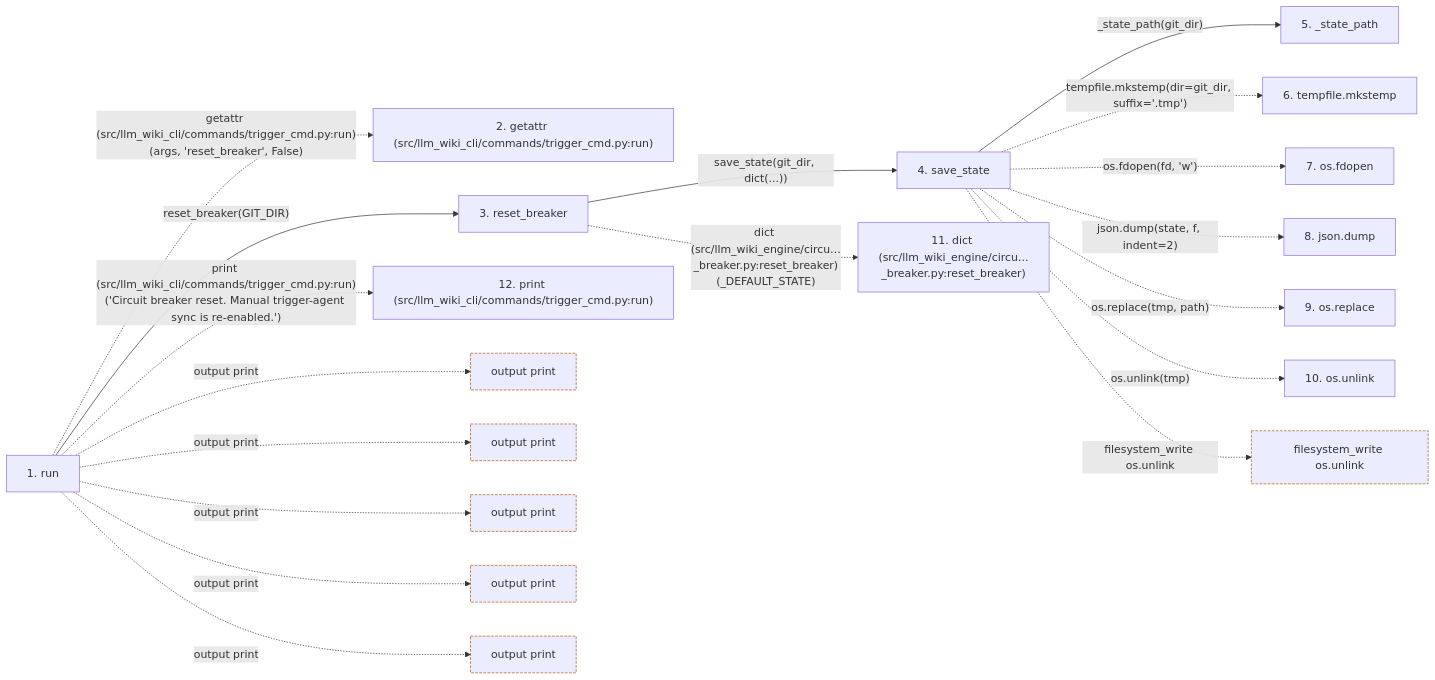
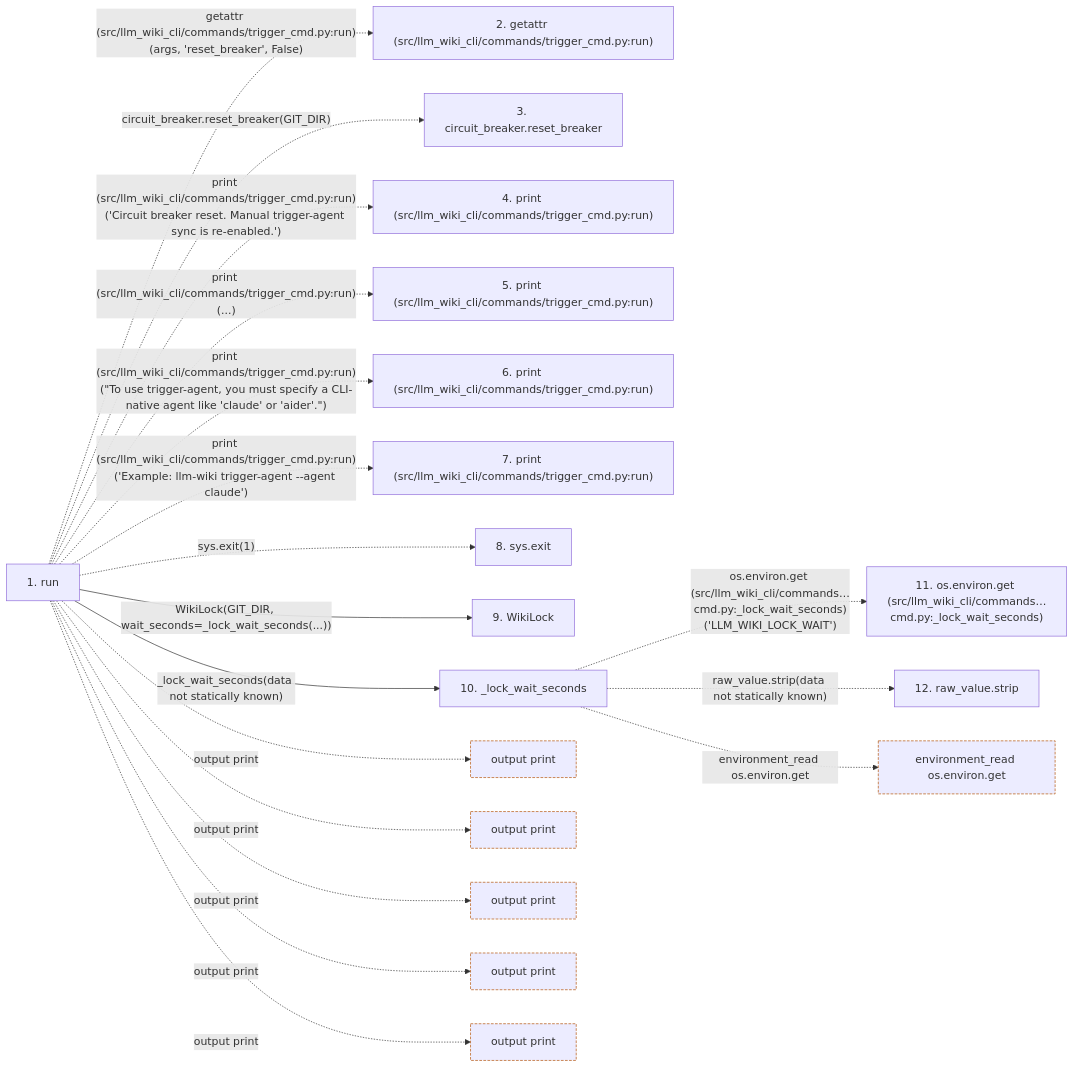
One commit to Denissvgn/python-wiki-llm changed the second of 2 diagrams in docs/llm_wiki/flows/cli-trigger-agent.md. Above: the diagram before and after it, drawn with Mermaid. The commit also changed other lines of this file and 719 other files, not shown here.

Commit message:
docs: refresh the wiki for the engine's own use cases

````diff
--- a/docs/llm_wiki/flows/cli-trigger-agent.md
+++ b/docs/llm_wiki/flows/cli-trigger-agent.md
@@ -161,49 +160,48 @@
 ```mermaid
 flowchart LR
     s1["1. run"]
     s2["2. getattr (src/llm_wiki_cli/commands/trigger_cmd.py:run)"]
-    s3["3. reset_breaker"]
-    s4["4. save_state"]
-    s5["5. _state_path"]
-    s6["6. tempfile.mkstemp"]
-    s7["7. os.fdopen"]
-    s8["8. json.dump"]
-    s9["9. os.replace"]
-    s10["10. os.unlink"]
-    s11["11. dict (src/llm_wiki_engine/circu…_breaker.py:reset_breaker)"]
-    s12["12. print (src/llm_wiki_cli/commands/trigger_cmd.py:run)"]
+    s3["3. circuit_breaker.reset_breaker"]
+    s4["4. print (src/llm_wiki_cli/commands/trigger_cmd.py:run)"]
+    s5["5. print (src/llm_wiki_cli/commands/trigger_cmd.py:run)"]
+    s6["6. print (src/llm_wiki_cli/commands/trigger_cmd.py:run)"]
+    s7["7. print (src/llm_wiki_cli/commands/trigger_cmd.py:run)"]
+    s8["8. sys.exit"]
+    s9["9. WikiLock"]
+    s10["10. _lock_wait_seconds"]
+    s11["11. os.environ.get (src/llm_wiki_cli/commands…cmd.py:_lock_wait_seconds)"]
+    s12["12. raw_value.strip"]
     s1 -. "getattr (src/llm_wiki_cli/commands/trigger_cmd.py:run)(args, 'reset_breaker', False)" .-> s2
-    s1 -->|"reset_breaker(GIT_DIR)"| s3
-    s3 -->|"save_state(git_dir, dict(...))"| s4
-    s4 -->|"_state_path(git_dir)"| s5
-    s4 -. "tempfile.mkstemp(dir=git_dir, suffix='.tmp')" .-> s6
-    s4 -. "os.fdopen(fd, 'w')" .-> s7
-    s4 -. "json.dump(state, f, indent=2)" .-> s8
-    s4 -. "os.replace(tmp, path)" .-> s9
-    s4 -. "os.unlink(tmp)" .-> s10
-    s3 -. "dict (src/llm_wiki_engine/circu…_breaker.py:reset_breaker)(_DEFAULT_STATE)" .-> s11
-    s1 -. "print (src/llm_wiki_cli/commands/trigger_cmd.py:run)('Circuit breaker reset. Manual trigger-agent sync is re-enabled.')" .-> s12
+    s1 -. "circuit_breaker.reset_breaker(GIT_DIR)" .-> s3
+    s1 -. "print (src/llm_wiki_cli/commands/trigger_cmd.py:run)('Circuit breaker reset. Manual trigger-agent sync is re-enabled.')" .-> s4
+    s1 -. "print (src/llm_wiki_cli/commands/trigger_cmd.py:run)(...)" .-> s5
+    s1 -. "print (src/llm_wiki_cli/commands/trigger_cmd.py:run)(#34;To use trigger-agent, you must specify a CLI-native agent like 'claude' or 'aider'.#34;)" .-> s6
+    s1 -. "print (src/llm_wiki_cli/commands/trigger_cmd.py:run)('Example: llm-wiki trigger-agent --agent claude')" .-> s7
+    s1 -. "sys.exit(1)" .-> s8
+    s1 -->|"WikiLock(GIT_DIR, wait_seconds=_lock_wait_seconds(...))"| s9
+    s1 -->|"_lock_wait_seconds(data not statically known)"| s10
+    s10 -. "os.environ.get (src/llm_wiki_cli/commands…cmd.py:_lock_wait_seconds)('LLM_WIKI_LOCK_WAIT')" .-> s11
+    s10 -. "raw_value.strip(data not statically known)" .-> s12
     b0["output print"]
     s1 -. "output print" .-> b0
     b1["output print"]
     s1 -. "output print" .-> b1
     b2["output print"]
     s1 -. "output print" .-> b2
     b3["output print"]
     s1 -. "output print" .-> b3
     b4["output print"]
     s1 -. "output print" .-> b4
-    b5["filesystem_write os.unlink"]
-    s4 -. "filesystem_write os.unlink" .-> b5
+    b5["environment_read os.environ.get"]
+    s10 -. "environment_read os.environ.get" .-> b5
     click s1 "../modules/trigger_cmd.md"
-    click s3 "../modules/circuit_breaker.md"
-    click s4 "../modules/circuit_breaker.md"
-    click s5 "../modules/circuit_breaker.md"
+    click s9 "../modules/lockfile.md"
+    click s10 "../modules/trigger_cmd.md"
     classDef boundary stroke:#b45309,stroke-dasharray: 4 2
     class b0 boundary
     class b1 boundary
     class b2 boundary
     class b3 boundary
     class b4 boundary
     class b5 boundary
 ```
````
